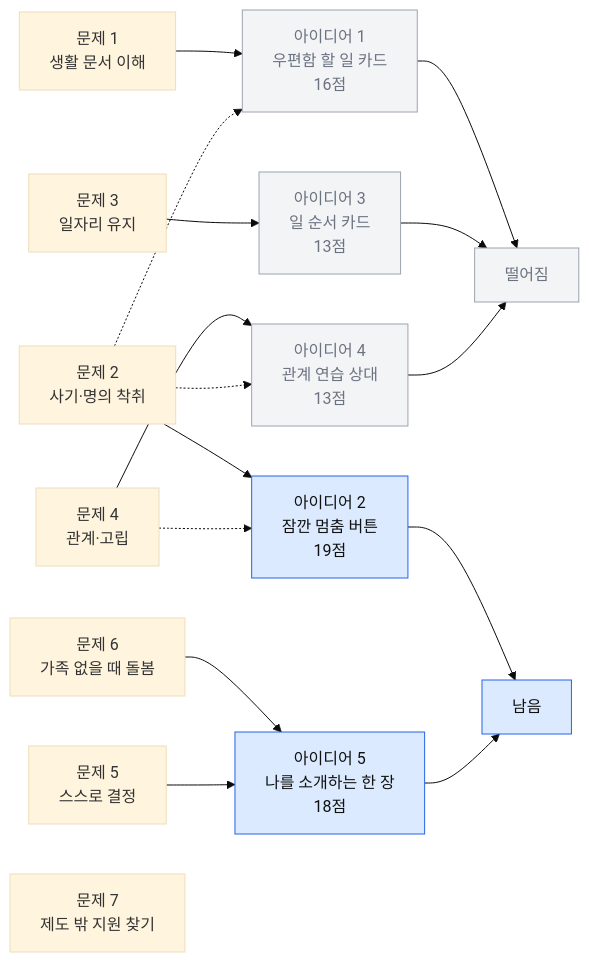
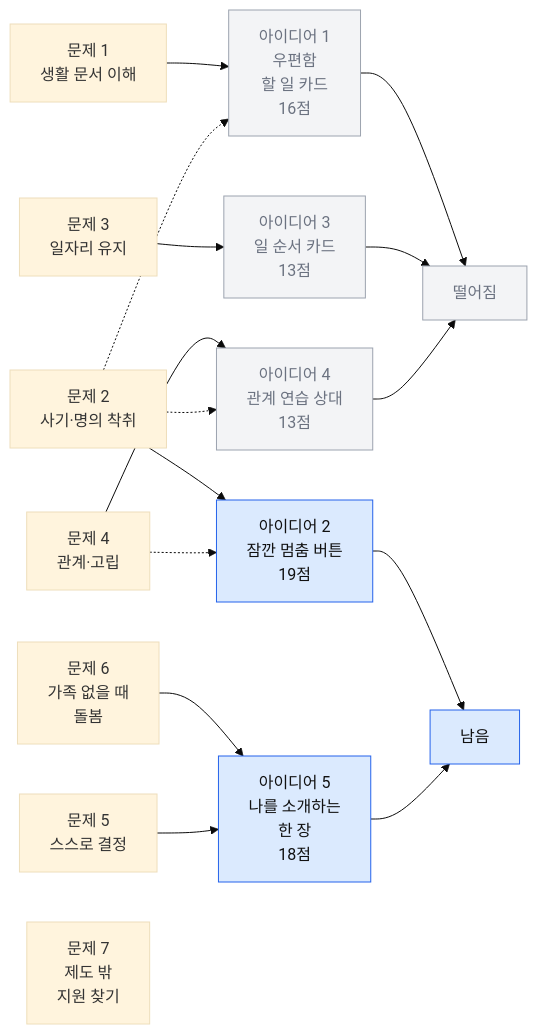
The diagram in docs/ideation/social_targets/3_borderline_developmental.md (lumos0107/AI_Final_Project), drawn with Mermaid (base theme) before and after one commit. The commit also changed 4 other files, not shown here.

````diff
--- a/docs/ideation/social_targets/3_borderline_developmental.md
+++ b/docs/ideation/social_targets/3_borderline_developmental.md
@@ -36,40 +36,40 @@
 ```mermaid
 flowchart LR
     P1["문제 1<br>생활 문서 이해"]
     P2["문제 2<br>사기·명의 착취"]
     P3["문제 3<br>일자리 유지"]
     P4["문제 4<br>관계·고립"]
     P5["문제 5<br>스스로 결정"]
-    P6["문제 6<br>가족 없을 때 돌봄"]
-    P7["문제 7<br>제도 밖 지원 찾기"]
+    P6["문제 6<br>가족 없을 때<br>돌봄"]
+    P7["문제 7<br>제도 밖<br>지원 찾기"]
 
-    I1["아이디어 1<br>우편함 할 일 카드<br>16점"]
+    I1["아이디어 1<br>우편함<br>할 일 카드<br>16점"]
     I2["아이디어 2<br>잠깐 멈춤 버튼<br>19점"]
     I3["아이디어 3<br>일 순서 카드<br>13점"]
     I4["아이디어 4<br>관계 연습 상대<br>13점"]
-    I5["아이디어 5<br>나를 소개하는 한 장<br>18점"]
+    I5["아이디어 5<br>나를 소개하는<br>한 장<br>18점"]
 
     K["남음"]
     D["떨어짐"]
 
     P1 --> I1
     P2 -.-> I1
     P2 --> I2
     P4 -.-> I2
     P3 --> I3
     P4 --> I4
     P2 -.-> I4
     P6 --> I5
     P5 --> I5
 
     I2 --> K
     I5 --> K
     I1 --> D
     I3 --> D
     I4 --> D
 
     classDef keep fill:#dbeafe,stroke:#2563eb,color:#111
     classDef drop fill:#f3f4f6,stroke:#9ca3af,color:#6b7280
     class I2,I5,K keep
     class I1,I3,I4,D drop
 ```
````
